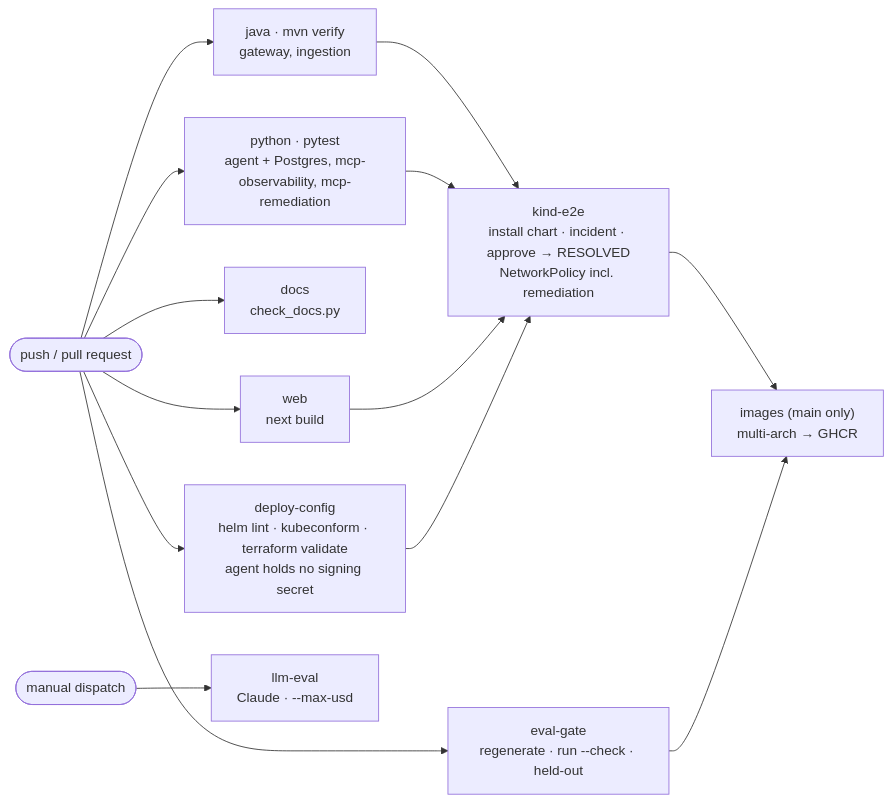
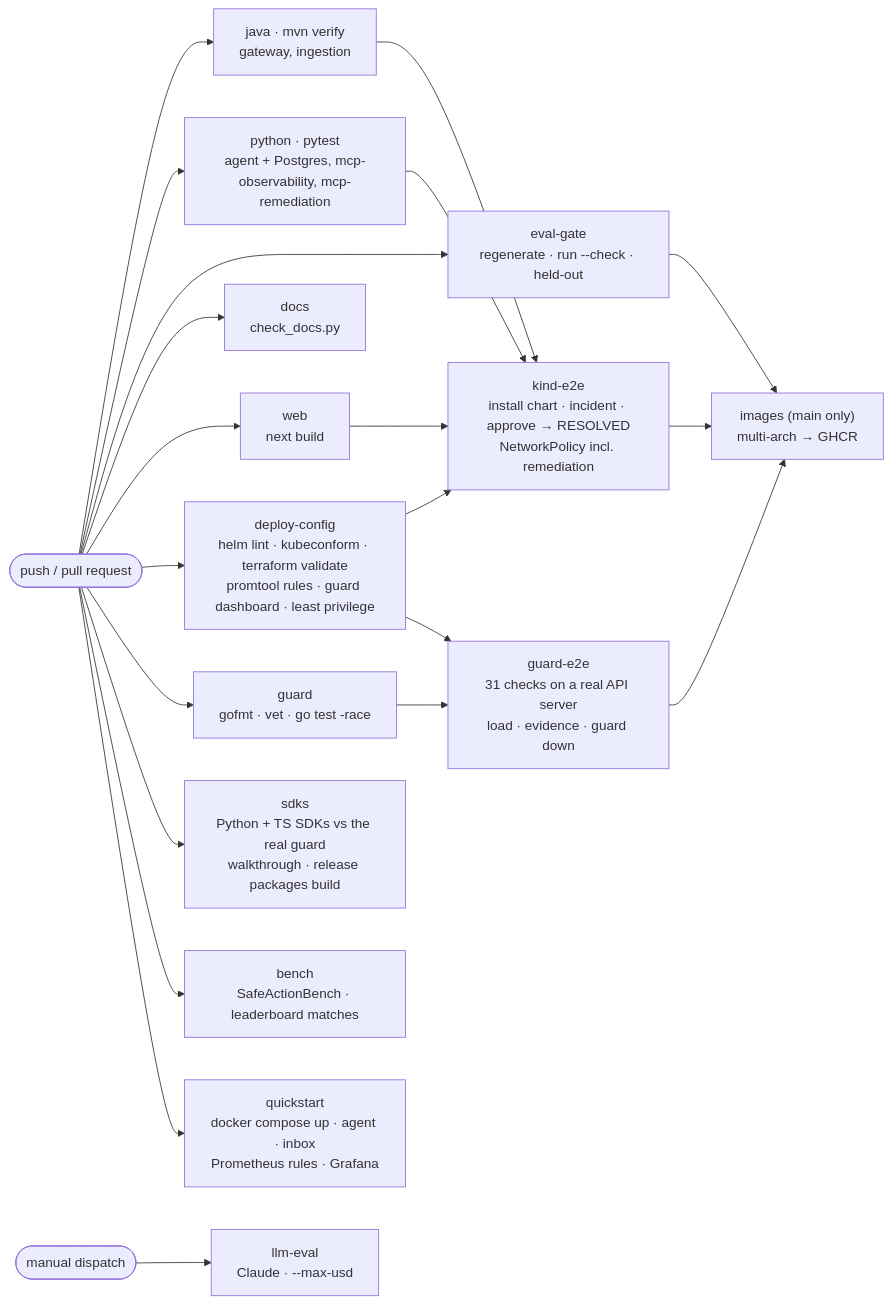
One commit to abdulmdev/sentinel-incident-copilot changed the diagram in docs/handbook/diagrams/13-ci.mmd. Above: the diagram before and after it, drawn with Mermaid. The commit also changed 64 other files, not shown here.

First line of the commit message:
Try it in one command: docker compose quickstart, an approvals inbox, the guard dashboard, and release-ready packages

```diff
--- a/docs/handbook/diagrams/13-ci.mmd
+++ b/docs/handbook/diagrams/13-ci.mmd
@@ -1,10 +1,15 @@
 flowchart LR
   PR([push / pull request]) --> J1[java · mvn verify<br/>gateway, ingestion]
   PR --> J2[python · pytest<br/>agent + Postgres, mcp-observability, mcp-remediation]
   PR --> J3[eval-gate<br/>regenerate · run --check · held-out]
   PR --> J4[docs<br/>check_docs.py]
   PR --> J5[web<br/>next build]
-  PR --> J6[deploy-config<br/>helm lint · kubeconform · terraform validate<br/>agent holds no signing secret]
+  PR --> J6[deploy-config<br/>helm lint · kubeconform · terraform validate<br/>promtool rules · guard dashboard · least privilege]
+  PR --> G1[guard<br/>gofmt · vet · go test -race]
+  PR --> G2[sdks<br/>Python + TS SDKs vs the real guard<br/>walkthrough · release packages build]
+  PR --> G3[bench<br/>SafeActionBench · leaderboard matches]
+  PR --> G4[quickstart<br/>docker compose up · agent · inbox<br/>Prometheus rules · Grafana]
   J1 & J2 & J5 & J6 --> J7[kind-e2e<br/>install chart · incident · approve → RESOLVED<br/>NetworkPolicy incl. remediation]
-  J7 & J3 --> J8["images (main only)<br/>multi-arch → GHCR"]
+  G1 & J6 --> G5[guard-e2e<br/>31 checks on a real API server<br/>load · evidence · guard down]
+  J7 & J3 & G5 --> J8["images (main only)<br/>multi-arch → GHCR"]
   MAN([manual dispatch]) --> J9[llm-eval<br/>Claude · --max-usd]
```
